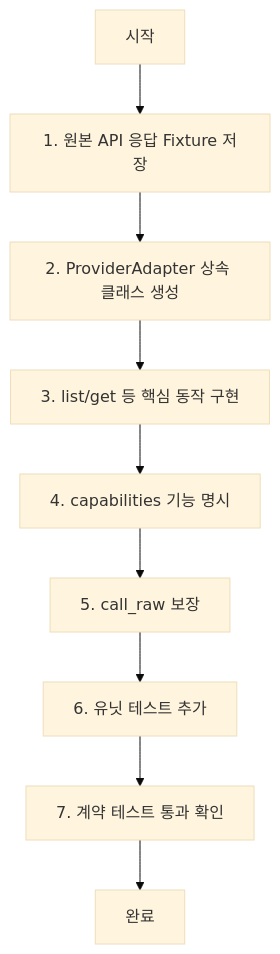
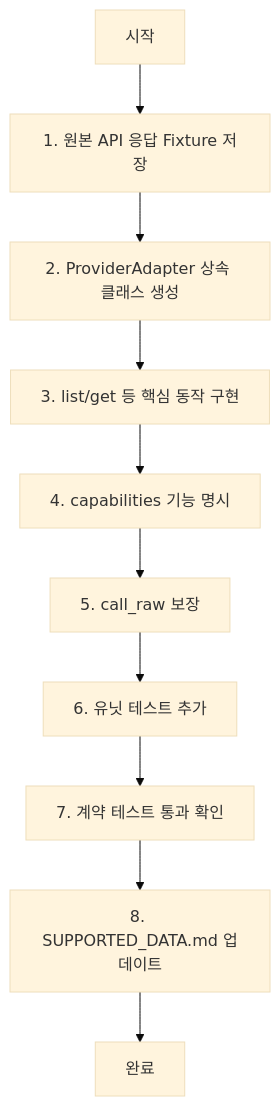
One commit to yeongseon/kpubdata changed the third of 3 diagrams in AGENTS.md. Above: the diagram before and after it, drawn with Mermaid (base theme). The commit also changed other lines of this file and 1 other file, not shown here.

First line of the commit message:
docs: add verification status column and agent rules for SUPPORTED_DATA.md

````diff
--- a/AGENTS.md
+++ b/AGENTS.md
@@ -198,11 +203,12 @@
 ```mermaid
 flowchart TD
     Start[시작] --> F1[1. 원본 API 응답 Fixture 저장]
     F1 --> F2[2. ProviderAdapter 상속 클래스 생성]
     F2 --> F3[3. list/get 등 핵심 동작 구현]
     F3 --> F4[4. capabilities 기능 명시]
     F4 --> F5[5. call_raw 보장]
     F5 --> F6[6. 유닛 테스트 추가]
     F6 --> F7[7. 계약 테스트 통과 확인]
-    F7 --> End[완료]
+    F7 --> F8[8. SUPPORTED_DATA.md 업데이트]
+    F8 --> End[완료]
 ```
````
